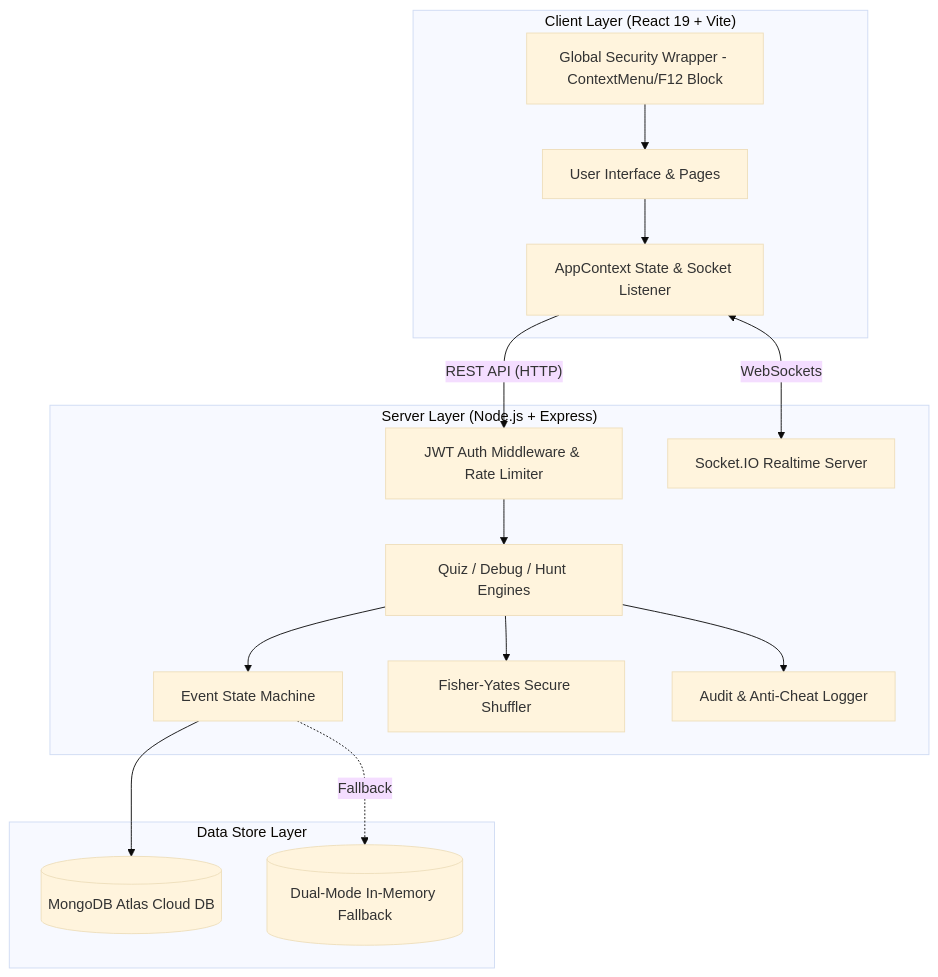
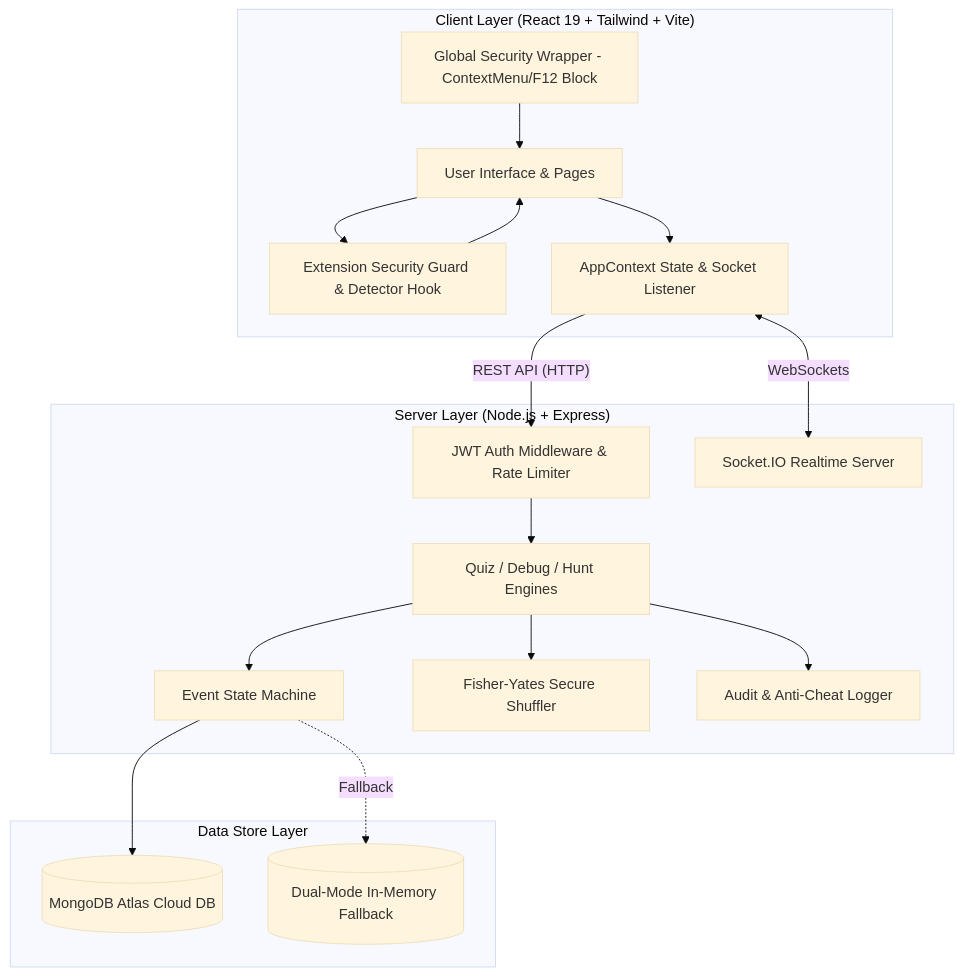
One commit to TheOrionGD/Festronix2k26_TechNova changed the second of 2 diagrams in README.md. Above: the diagram before and after it, drawn with Mermaid (base theme). The commit also changed other lines of this file and 8 other files, not shown here.

Commit message:
feat: add browser extension security guard, question banks, and event rubrics

````diff
--- a/README.md
+++ b/README.md
@@ -153,33 +200,36 @@
 ```mermaid
 flowchart TD
-    subgraph Client ["Client Layer (React 19 + Vite)"]
+    subgraph Client ["Client Layer (React 19 + Tailwind + Vite)"]
         UI[User Interface & Pages]
+        EXT[Extension Security Guard & Detector Hook]
         CTX[AppContext State & Socket Listener]
         SEC[Global Security Wrapper - ContextMenu/F12 Block]
     end
 
     subgraph Server ["Server Layer (Node.js + Express)"]
         AUTH[JWT Auth Middleware & Rate Limiter]
         STATE[Event State Machine]
         ENGINE[Quiz / Debug / Hunt Engines]
         SHUFFLE[Fisher-Yates Secure Shuffler]
         AUDIT[Audit & Anti-Cheat Logger]
         SOCKETIO[Socket.IO Realtime Server]
     end
 
     subgraph Database ["Data Store Layer"]
         MONGO[(MongoDB Atlas Cloud DB)]
         MEM[(Dual-Mode In-Memory Fallback)]
     end
 
+    UI --> EXT
+    EXT --> UI
+    SEC --> UI
     UI --> CTX
-    SEC --> UI
     CTX -- REST API (HTTP) --> AUTH
     CTX <-- WebSockets --> SOCKETIO
     AUTH --> ENGINE
     ENGINE --> SHUFFLE
     ENGINE --> AUDIT
     ENGINE --> STATE
     STATE --> MONGO
     STATE -. Fallback .-> MEM
 ```
````
